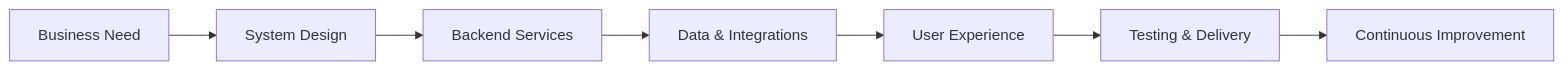
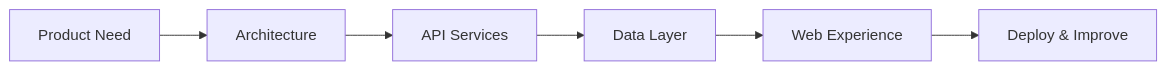
Before and after one commit to davidLeonardo-Fru/davidLeonardo-Fru: the diagram in README.md, drawn with Mermaid. The commit also changed other lines of this file, not shown here.

First line of the commit message:
Design GitHub profile

````diff
--- a/README.md
+++ b/README.md
@@ -145,9 +84,8 @@
 ```mermaid
 flowchart LR
-    A[Business Need] --> B[System Design]
-    B --> C[Backend Services]
-    C --> D[Data & Integrations]
-    D --> E[User Experience]
-    E --> F[Testing & Delivery]
-    F --> G[Continuous Improvement]
+    A[Product Need] --> B[Architecture]
+    B --> C[API Services]
+    C --> D[Data Layer]
+    D --> E[Web Experience]
+    E --> F[Deploy & Improve]
 ```
````
